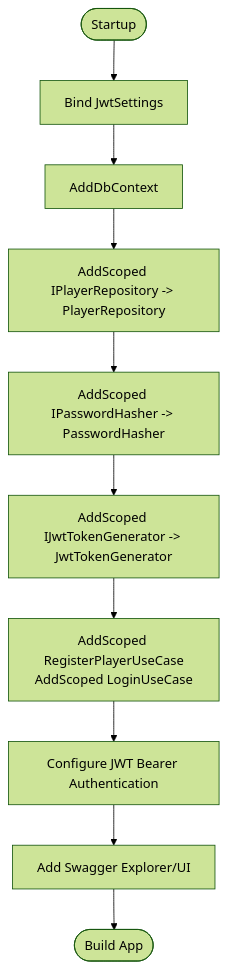
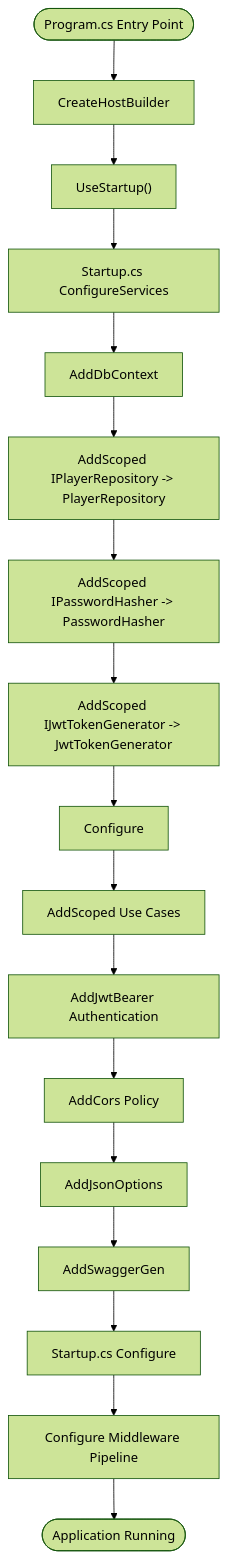
One commit to MuhammadFaizanQamar/game-backend-service changed the third of 8 diagrams in .qoder/repowiki/en/content/Architecture & Design/Dependency Injection & Service Registration.md. Above: the diagram before and after it, drawn with Mermaid (forest theme). The commit also changed other lines of this file and 62 other files, not shown here.

````diff
--- a/.qoder/repowiki/en/content/Architecture & Design/Dependency Injection & Service Registration.md
+++ b/.qoder/repowiki/en/content/Architecture & Design/Dependency Injection & Service Registration.md
@@ -168,12 +206,19 @@
 ```mermaid
 flowchart TD
-Start(["Startup"]) --> Cfg["Bind JwtSettings"]
-Cfg --> DB["AddDbContext<GameDbContext>"]
-DB --> RegRepo["AddScoped IPlayerRepository -> PlayerRepository"]
-RegRepo --> RegHash["AddScoped IPasswordHasher -> PasswordHasher"]
-RegHash --> RegTok["AddScoped IJwtTokenGenerator -> JwtTokenGenerator"]
-RegTok --> RegUse["AddScoped RegisterPlayerUseCase<br/>AddScoped LoginUseCase"]
-RegUse --> Auth["Configure JWT Bearer Authentication"]
-Auth --> Swagger["Add Swagger Explorer/UI"]
-Swagger --> Build(["Build App"])
+Start(["Program.cs Entry Point"]) --> Host["CreateHostBuilder"]
+Host --> Startup["UseStartup<Startup>()"]
+Startup --> ConfigureServices["Startup.cs ConfigureServices"]
+ConfigureServices --> DB["AddDbContext<GameDbContext>"]
+DB --> Repo["AddScoped IPlayerRepository -> PlayerRepository"]
+Repo --> Sec["AddScoped IPasswordHasher -> PasswordHasher"]
+Sec --> Tok["AddScoped IJwtTokenGenerator -> JwtTokenGenerator"]
+Tok --> Settings["Configure<JwtSettings>"]
+Settings --> UseCases["AddScoped Use Cases"]
+UseCases --> Auth["AddJwtBearer Authentication"]
+Auth --> CORS["AddCors Policy"]
+CORS --> JSON["AddJsonOptions"]
+JSON --> Swagger["AddSwaggerGen"]
+Swagger --> Configure["Startup.cs Configure"]
+Configure --> Middleware["Configure Middleware Pipeline"]
+Middleware --> Run(["Application Running"])
 ```
````
